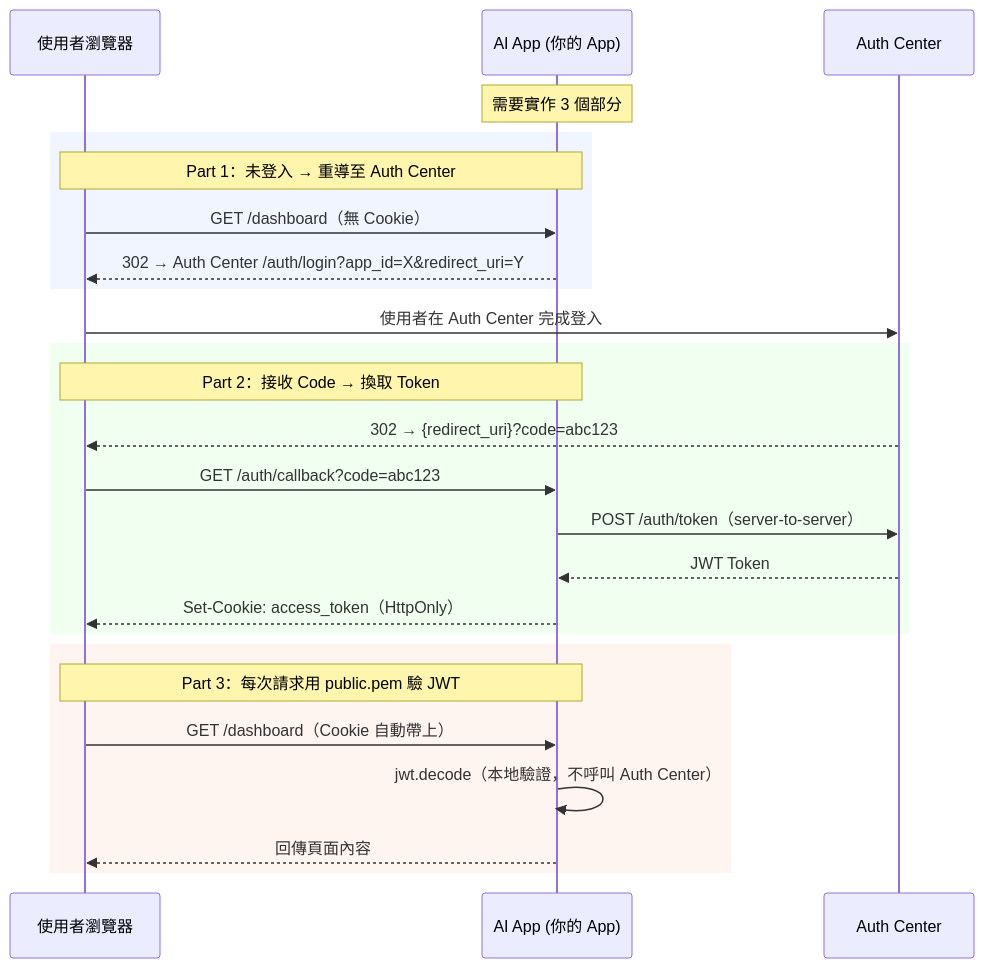
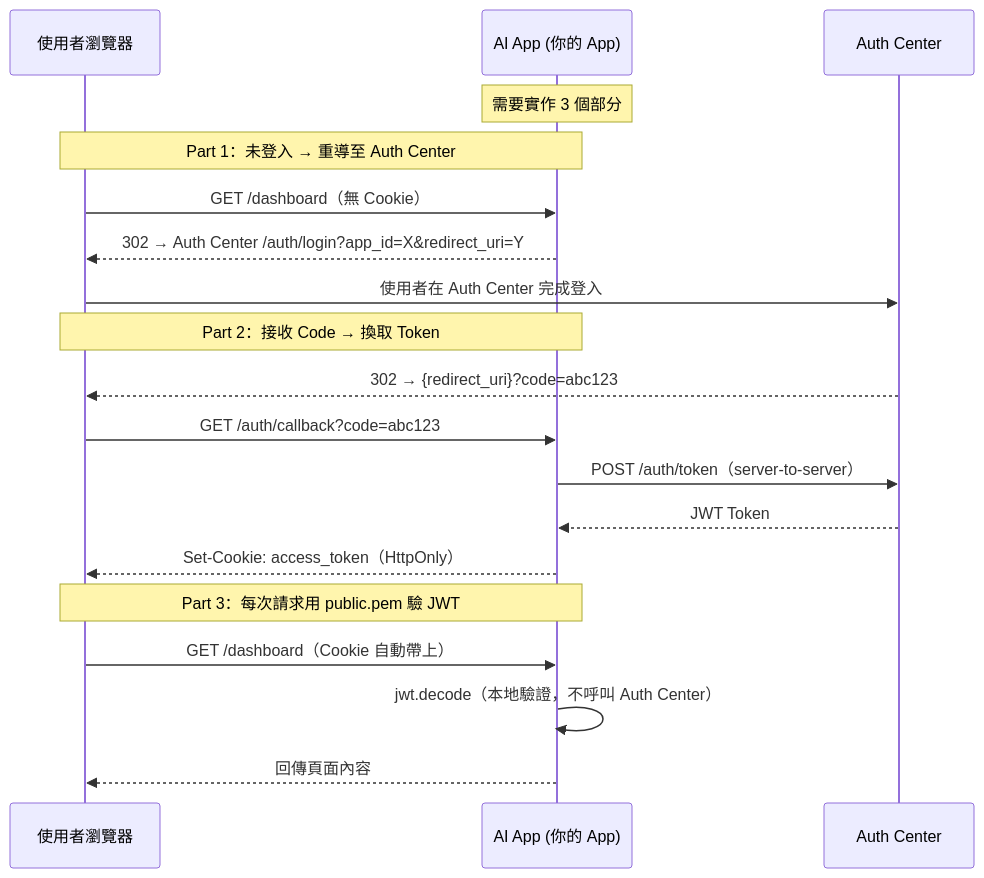
Before and after one commit to bwinken/authcenter: the seventh of 7 diagrams in README.md, drawn with Mermaid.

Commit message:
style: remove colored rect blocks from mermaid diagram

````diff
--- a/README.md
+++ b/README.md
@@ -640,32 +640,26 @@
 ```mermaid
 sequenceDiagram
     participant U as 使用者瀏覽器
     participant A as AI App (你的 App)
     participant C as Auth Center
 
     Note over A: 需要實作 3 個部分
 
-    rect rgb(240, 245, 255)
     Note over U,A: Part 1：未登入 → 重導至 Auth Center
     U->>A: GET /dashboard（無 Cookie）
     A-->>U: 302 → Auth Center /auth/login?app_id=X&redirect_uri=Y
-    end
 
     U->>C: 使用者在 Auth Center 完成登入
 
-    rect rgb(240, 255, 240)
     Note over U,A: Part 2：接收 Code → 換取 Token
     C-->>U: 302 → {redirect_uri}?code=abc123
     U->>A: GET /auth/callback?code=abc123
     A->>C: POST /auth/token（server-to-server）
     C-->>A: JWT Token
     A-->>U: Set-Cookie: access_token（HttpOnly）
-    end
 
-    rect rgb(255, 245, 240)
     Note over U,A: Part 3：每次請求用 public.pem 驗 JWT
     U->>A: GET /dashboard（Cookie 自動帶上）
     A->>A: jwt.decode（本地驗證，不呼叫 Auth Center）
     A-->>U: 回傳頁面內容
-    end
 ```
````
